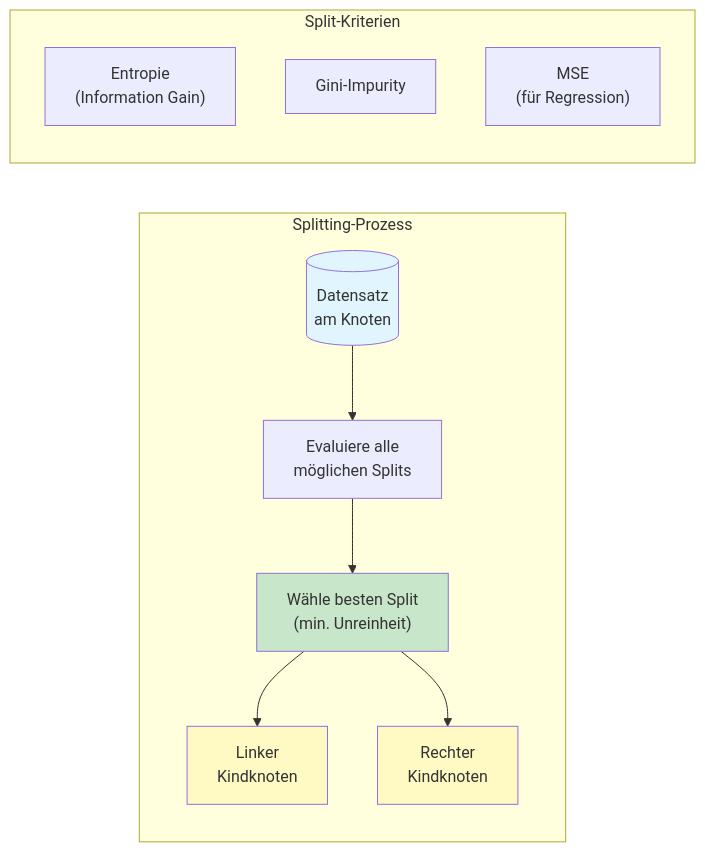
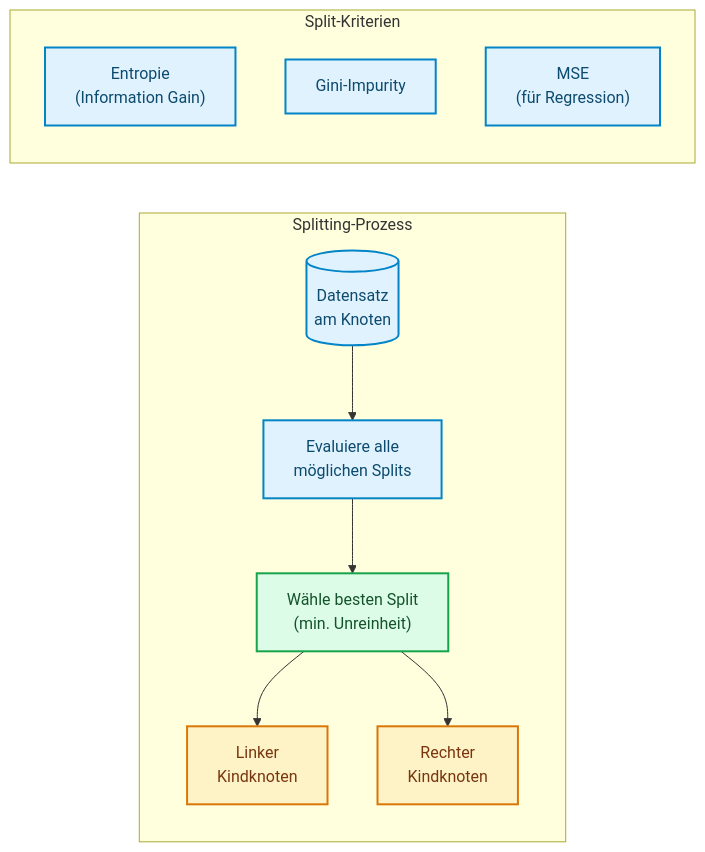
The second of 6 diagrams in docs/concepts/modeling/decision_tree.md (ralf-42/ML_Intro), drawn with Mermaid before and after one commit. The commit also changed other lines of this file and 67 other files, not shown here.

````diff
--- a/docs/concepts/modeling/decision_tree.md
+++ b/docs/concepts/modeling/decision_tree.md
@@ -71,21 +67,22 @@
 ```mermaid
 flowchart LR
     subgraph prozess["Splitting-Prozess"]
         D[("Datensatz<br/>am Knoten")]
         D --> E["Evaluiere alle<br/>möglichen Splits"]
         E --> B["Wähle besten Split<br/>(min. Unreinheit)"]
         B --> L["Linker<br/>Kindknoten"]
         B --> R["Rechter<br/>Kindknoten"]
     end
     
     subgraph kriterien["Split-Kriterien"]
         K1["Entropie<br/>(Information Gain)"]
         K2["Gini-Impurity"]
         K3["MSE<br/>(für Regression)"]
     end
-    
-    style D fill:#e1f5fe
-    style B fill:#c8e6c9
-    style L fill:#fff9c4
-    style R fill:#fff9c4
+
+    classDef default fill:#e0f2fe,stroke:#0284c7,stroke-width:2px,color:#0c4a6e;
+    classDef metric fill:#fef3c7,stroke:#d97706,stroke-width:2px,color:#78350f;
+    classDef output fill:#dcfce7,stroke:#16a34a,stroke-width:2px,color:#14532d;
+    class L,R metric;
+    class B output;
 ```
````
